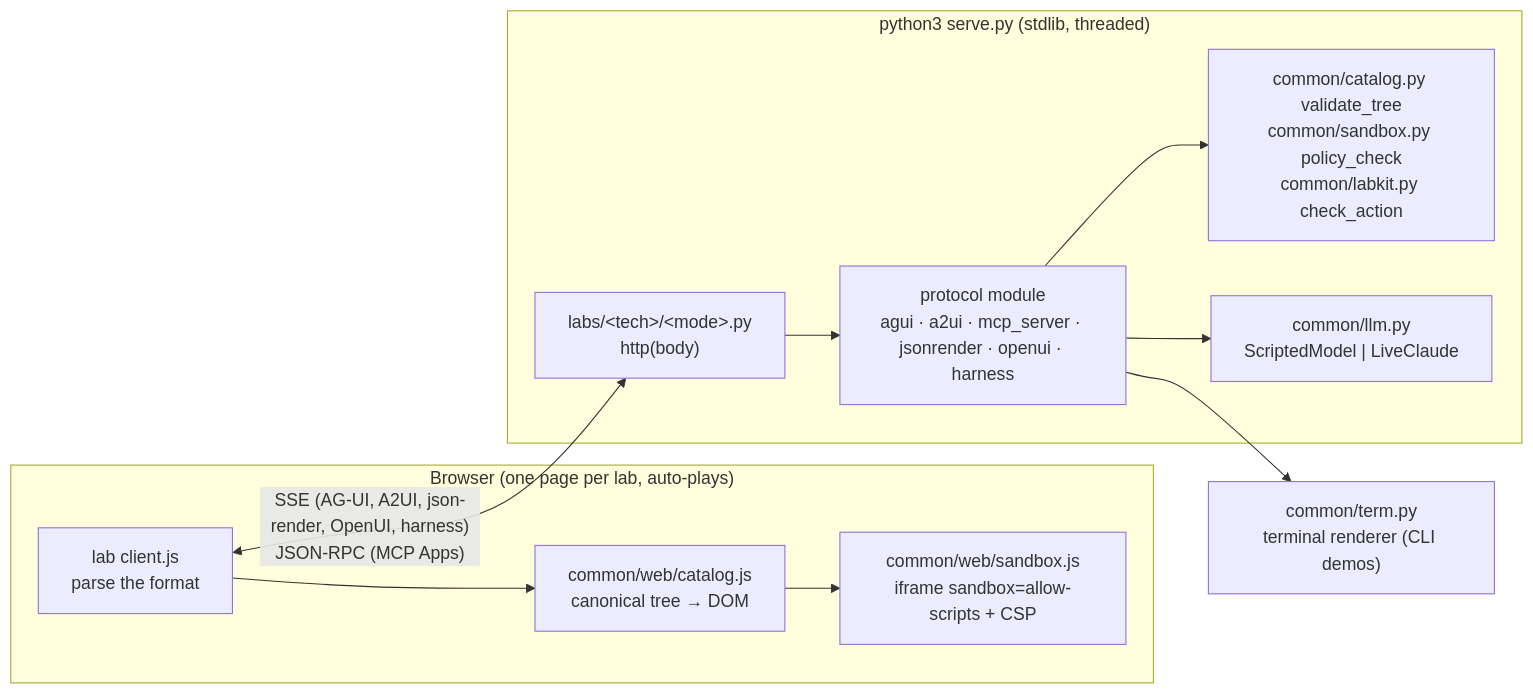
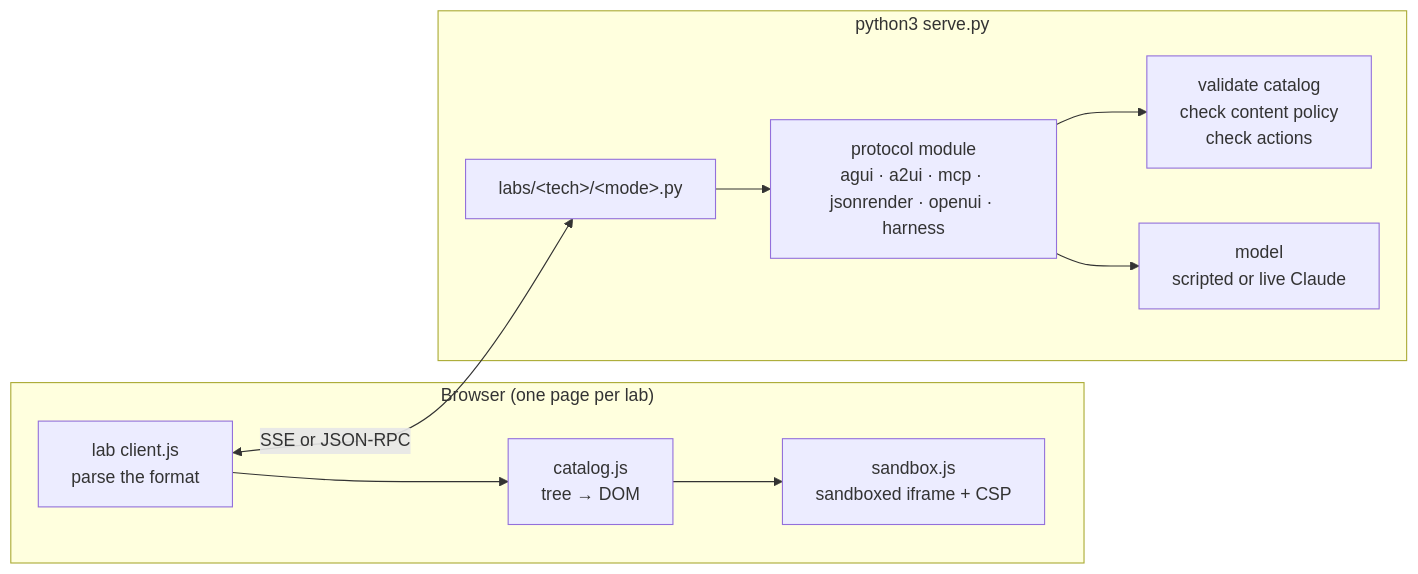
One commit to nitishsjsucs/genux-codelabs-assignment-4 changed the first of 2 diagrams in README.md. Above: the diagram before and after it, drawn with Mermaid. The commit also changed other lines of this file and 4 other files, not shown here.

````diff
--- a/README.md
+++ b/README.md
@@ -91,14 +123,13 @@
 ```mermaid
 flowchart LR
-    subgraph Browser["Browser (one page per lab, auto-plays)"]
-        C["lab client.js<br/>parse the format"] --> R["common/web/catalog.js<br/>canonical tree → DOM"]
-        R --> SB["common/web/sandbox.js<br/>iframe sandbox=allow-scripts + CSP"]
+    subgraph Browser["Browser (one page per lab)"]
+        C["lab client.js<br/>parse the format"] --> R["catalog.js<br/>tree → DOM"]
+        R --> SB["sandbox.js<br/>sandboxed iframe + CSP"]
     end
-    subgraph Server["python3 serve.py (stdlib, threaded)"]
-        H["labs/&lt;tech&gt;/&lt;mode&gt;.py<br/>http(body)"] --> P["protocol module<br/>agui · a2ui · mcp_server · jsonrender · openui · harness"]
-        P --> V["common/catalog.py validate_tree<br/>common/sandbox.py policy_check<br/>common/labkit.py check_action"]
-        P --> M["common/llm.py<br/>ScriptedModel | LiveClaude"]
+    subgraph Server["python3 serve.py"]
+        H["labs/&lt;tech&gt;/&lt;mode&gt;.py"] --> P["protocol module<br/>agui · a2ui · mcp · jsonrender · openui · harness"]
+        P --> V["validate catalog<br/>check content policy<br/>check actions"]
+        P --> M["model<br/>scripted or live Claude"]
     end
-    C <-- "SSE (AG-UI, A2UI, json-render, OpenUI, harness)<br/>JSON-RPC (MCP Apps)" --> H
-    P --> T["common/term.py<br/>terminal renderer (CLI demos)"]
+    C <-- "SSE or JSON-RPC" --> H
 ```
````
